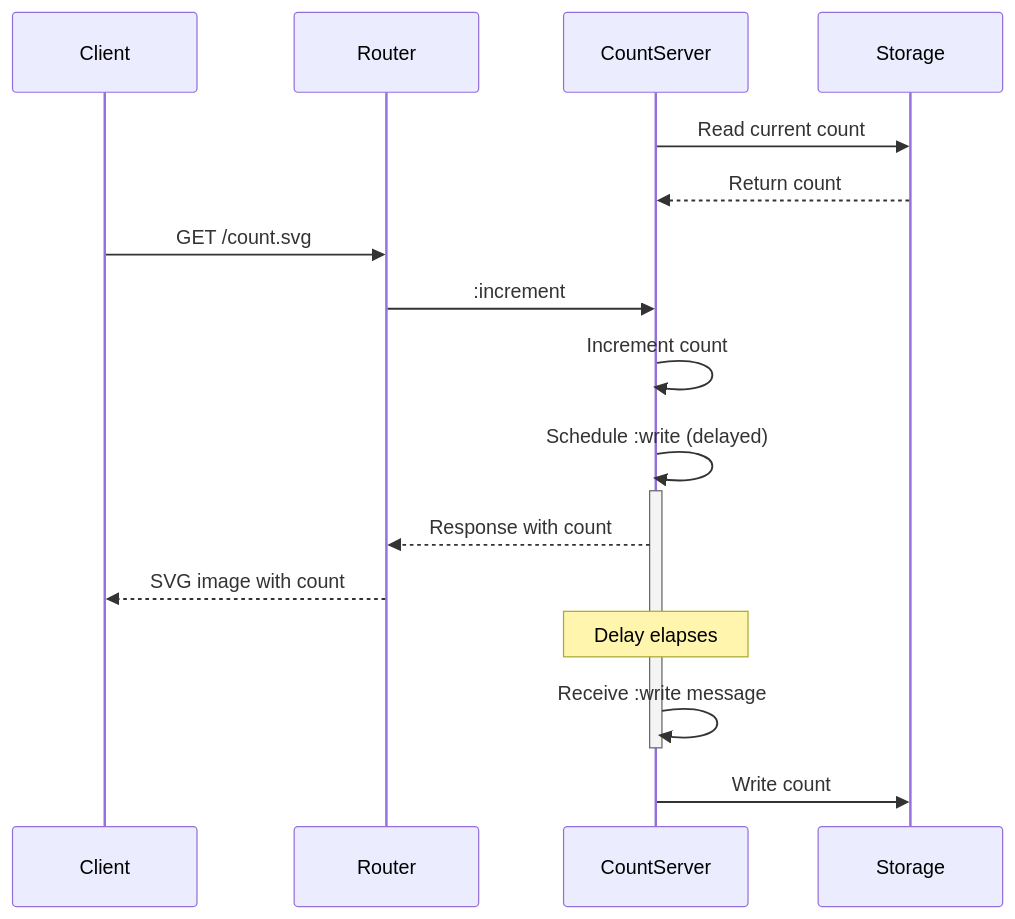
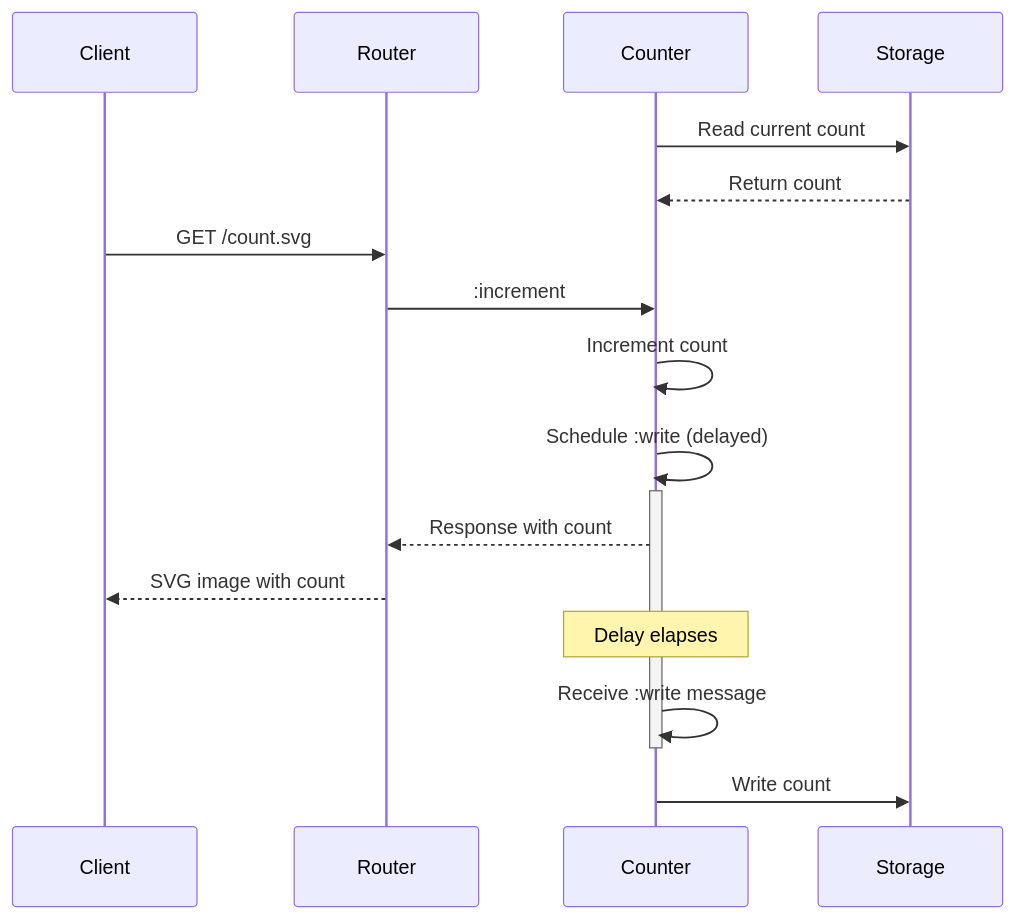
Before and after one commit to jmp/retro_counter: the diagram in README.md, drawn with Mermaid. The commit also changed 3 other files, not shown here.

````diff
--- a/README.md
+++ b/README.md
@@ -29,19 +29,19 @@
 ```mermaid
 sequenceDiagram
     participant Client
     participant Router
-    participant CountServer
+    participant Counter
     participant Storage
     
-    CountServer->>Storage: Read current count
-    Storage-->>CountServer: Return count
+    Counter->>Storage: Read current count
+    Storage-->>Counter: Return count
     Client->>Router: GET /count.svg
-    Router->>CountServer: :increment
-    CountServer->>CountServer: Increment count
-    CountServer->>+CountServer: Schedule :write (delayed)
-    CountServer-->>Router: Response with count
+    Router->>Counter: :increment
+    Counter->>Counter: Increment count
+    Counter->>+Counter: Schedule :write (delayed)
+    Counter-->>Router: Response with count
     Router-->>Client: SVG image with count
-    Note over CountServer: Delay elapses
-    CountServer->>-CountServer: Receive :write message
-    CountServer->>Storage: Write count
+    Note over Counter: Delay elapses
+    Counter->>-Counter: Receive :write message
+    Counter->>Storage: Write count
 ```
````
